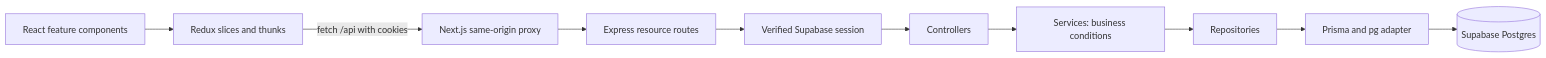
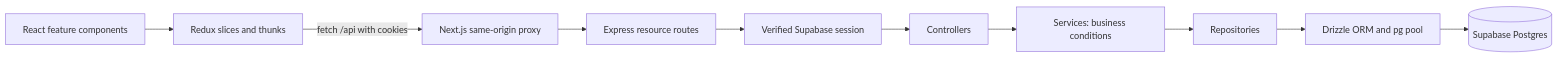
The diagram in docs/ARCHITECTURE.md (Itdepartment-b1g/b1g-fuel), drawn with Mermaid before and after one commit. The commit also changed other lines of this file and 87 other files, not shown here.

````diff
--- a/docs/ARCHITECTURE.md
+++ b/docs/ARCHITECTURE.md
@@ -5,12 +5,12 @@
 ```mermaid
 flowchart LR
   UI[React feature components] --> Redux[Redux slices and thunks]
   Redux -->|fetch /api with cookies| Next[Next.js same-origin proxy]
   Next --> Express[Express resource routes]
   Express --> Auth[Verified Supabase session]
   Auth --> Controller[Controllers]
   Controller --> Service[Services: business conditions]
   Service --> Repository[Repositories]
-  Repository --> Prisma[Prisma and pg adapter]
-  Prisma --> DB[(Supabase Postgres)]
+  Repository --> Drizzle[Drizzle ORM and pg pool]
+  Drizzle --> DB[(Supabase Postgres)]
 ```
````
